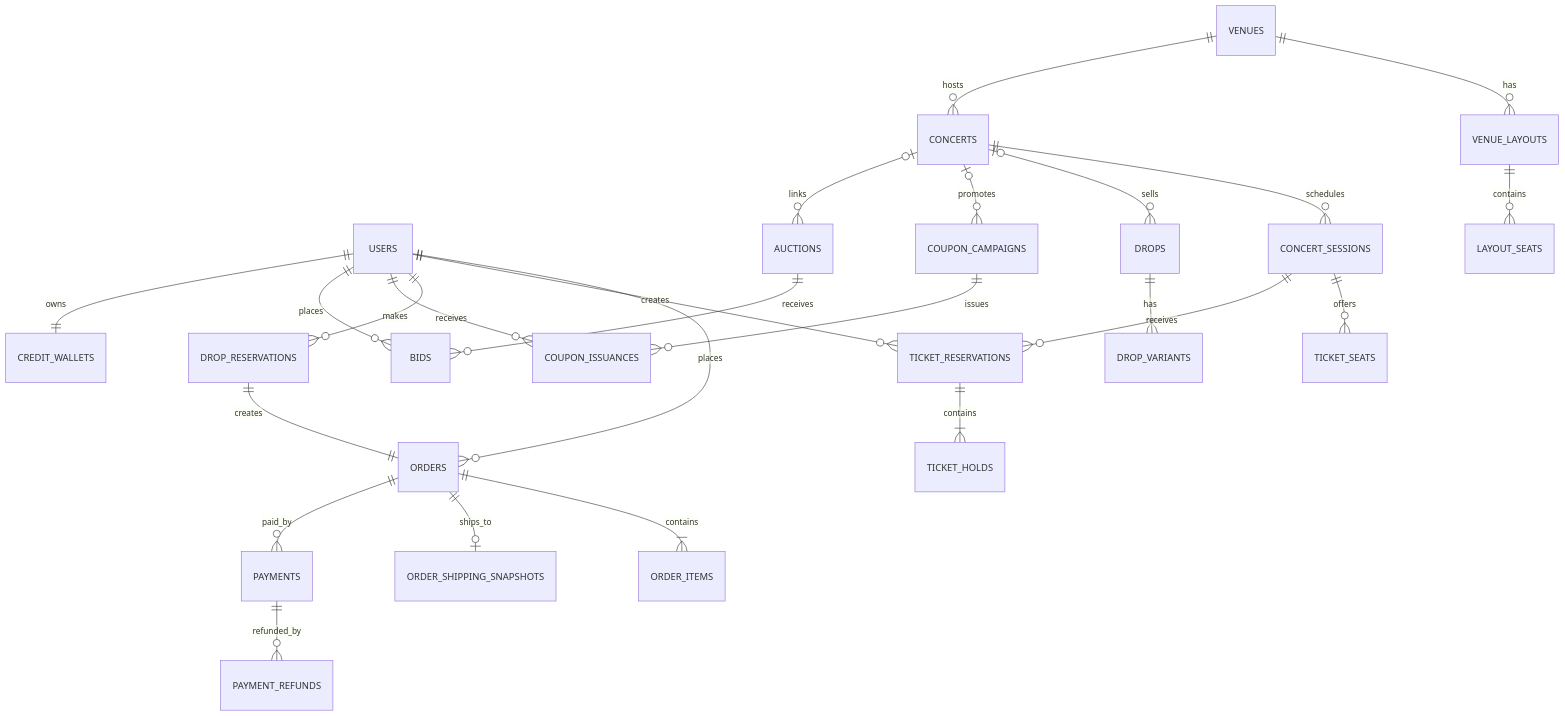
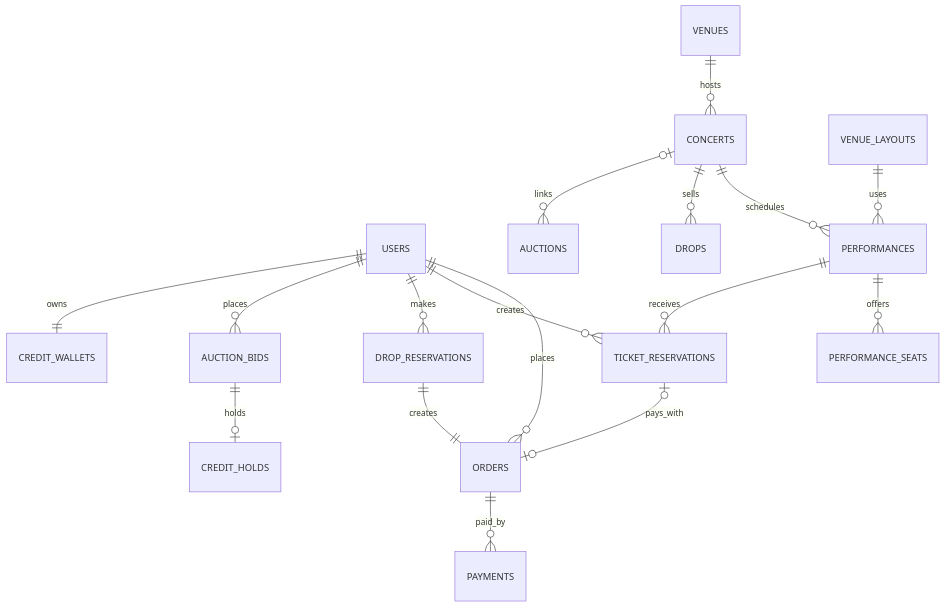
Before and after one commit to prgrms-be-devcourse/NBE12-14-final-RESTLESS: the diagram in docs/architecture/erd.md, drawn with Mermaid. The commit also changed other lines of this file and 15 other files, not shown here.

````diff
--- a/docs/architecture/erd.md
+++ b/docs/architecture/erd.md
@@ -16,32 +30,23 @@
 ```mermaid
 erDiagram
     USERS ||--o{ ORDERS : places
-    ORDERS ||--|{ ORDER_ITEMS : contains
-    ORDERS ||--o| ORDER_SHIPPING_SNAPSHOTS : ships_to
     ORDERS ||--o{ PAYMENTS : paid_by
-    PAYMENTS ||--o{ PAYMENT_REFUNDS : refunded_by
 
-    VENUES ||--o{ VENUE_LAYOUTS : has
-    VENUE_LAYOUTS ||--o{ LAYOUT_SEATS : contains
     VENUES ||--o{ CONCERTS : hosts
-    CONCERTS ||--o{ CONCERT_SESSIONS : schedules
+    CONCERTS ||--o{ PERFORMANCES : schedules
+    VENUE_LAYOUTS ||--o{ PERFORMANCES : uses
 
-    CONCERT_SESSIONS ||--o{ TICKET_SEATS : offers
-    CONCERT_SESSIONS ||--o{ TICKET_RESERVATIONS : receives
-    TICKET_RESERVATIONS ||--|{ TICKET_HOLDS : contains
+    PERFORMANCES ||--o{ PERFORMANCE_SEATS : offers
+    PERFORMANCES ||--o{ TICKET_RESERVATIONS : receives
+    TICKET_RESERVATIONS |o--o| ORDERS : pays_with
     USERS ||--o{ TICKET_RESERVATIONS : creates
 
-    CONCERTS |o--o{ DROPS : sells
-    DROPS ||--|{ DROP_VARIANTS : has
+    CONCERTS ||--o{ DROPS : sells
     DROP_RESERVATIONS ||--|| ORDERS : creates
     USERS ||--o{ DROP_RESERVATIONS : makes
 
-    CONCERTS |o--o{ COUPON_CAMPAIGNS : promotes
-    COUPON_CAMPAIGNS ||--o{ COUPON_ISSUANCES : issues
-    USERS ||--o{ COUPON_ISSUANCES : receives
-
     CONCERTS |o--o{ AUCTIONS : links
-    AUCTIONS ||--o{ BIDS : receives
-    USERS ||--o{ BIDS : places
+    USERS ||--o{ AUCTION_BIDS : places
+    AUCTION_BIDS ||--o| CREDIT_HOLDS : holds
     USERS ||--|| CREDIT_WALLETS : owns
 ```
````
